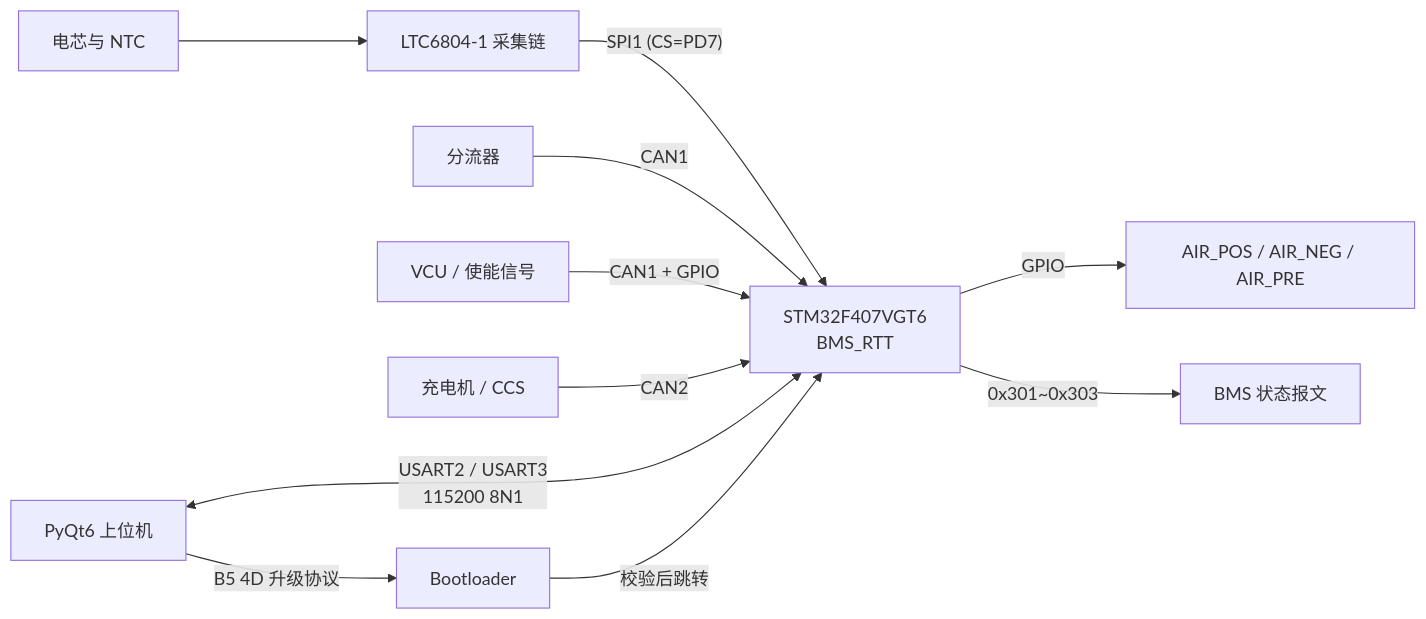
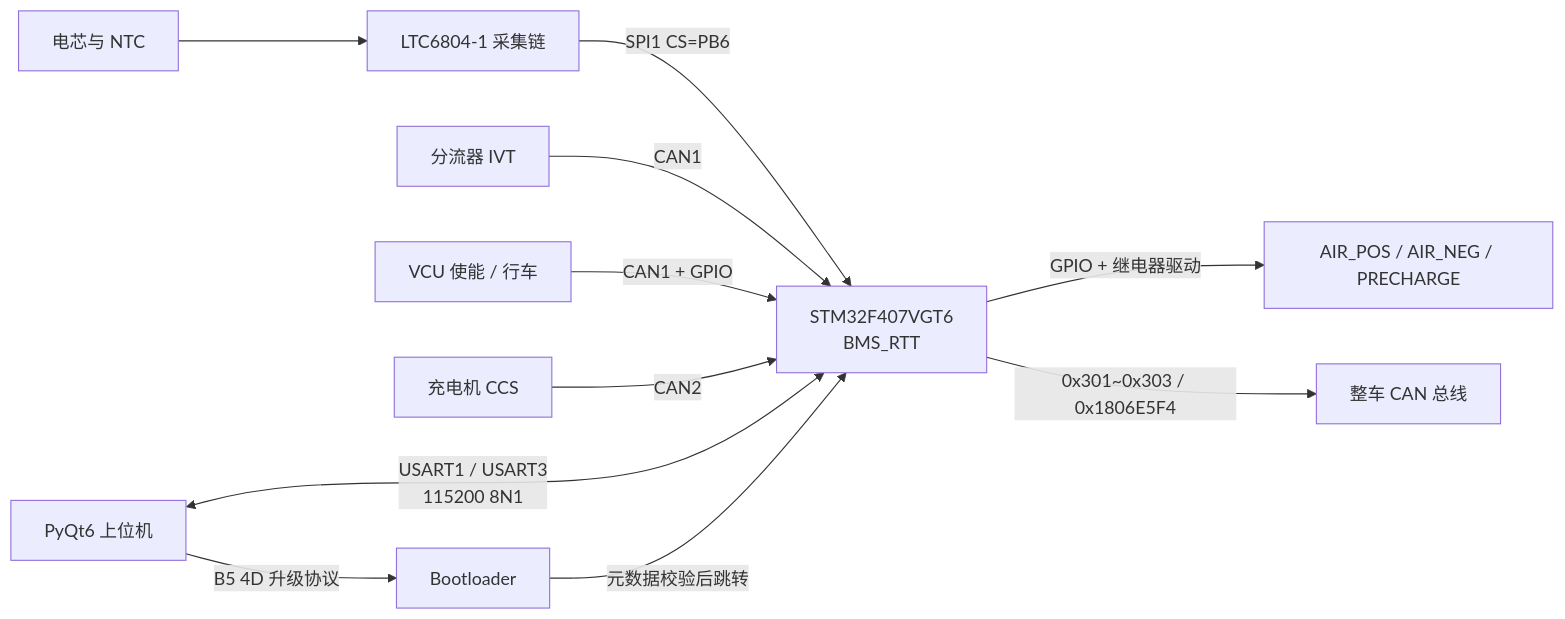
The first of 3 diagrams in README.md (Aurora-Electronic-BMS/BMS_RTT), drawn with Mermaid before and after one commit. The commit also changed other lines of this file and 187 other files, not shown here.

````diff
--- a/README.md
+++ b/README.md
@@ -28,13 +61,13 @@
 ```mermaid
 flowchart LR
     Cells["电芯与 NTC"] --> AFE["LTC6804-1 采集链"]
-    AFE -->|"SPI1 (CS=PD7)"| APP["STM32F407VGT6<br/>BMS_RTT"]
-    Shunt["分流器"] -->|"CAN1"| APP
-    VCU["VCU / 使能信号"] -->|"CAN1 + GPIO"| APP
-    Charger["充电机 / CCS"] -->|"CAN2"| APP
-    APP -->|"GPIO"| HV["AIR_POS / AIR_NEG / AIR_PRE"]
-    APP -->|"0x301~0x303"| Bus["BMS 状态报文"]
-    Host["PyQt6 上位机"] <-->|"USART2 / USART3<br/>115200 8N1"| APP
+    AFE -->|"SPI1 CS=PB6"| APP["STM32F407VGT6<br/>BMS_RTT"]
+    Shunt["分流器 IVT"] -->|"CAN1"| APP
+    VCU["VCU 使能 / 行车"] -->|"CAN1 + GPIO"| APP
+    Charger["充电机 CCS"] -->|"CAN2"| APP
+    APP -->|"GPIO + 继电器驱动"| HV["AIR_POS / AIR_NEG / PRECHARGE"]
+    APP -->|"0x301~0x303 / 0x1806E5F4"| Bus["整车 CAN 总线"]
+    Host["PyQt6 上位机"] <-->|"USART1 / USART3<br/>115200 8N1"| APP
     Host -->|"B5 4D 升级协议"| Boot["Bootloader"]
-    Boot -->|"校验后跳转"| APP
+    Boot -->|"元数据校验后跳转"| APP
 ```
````
